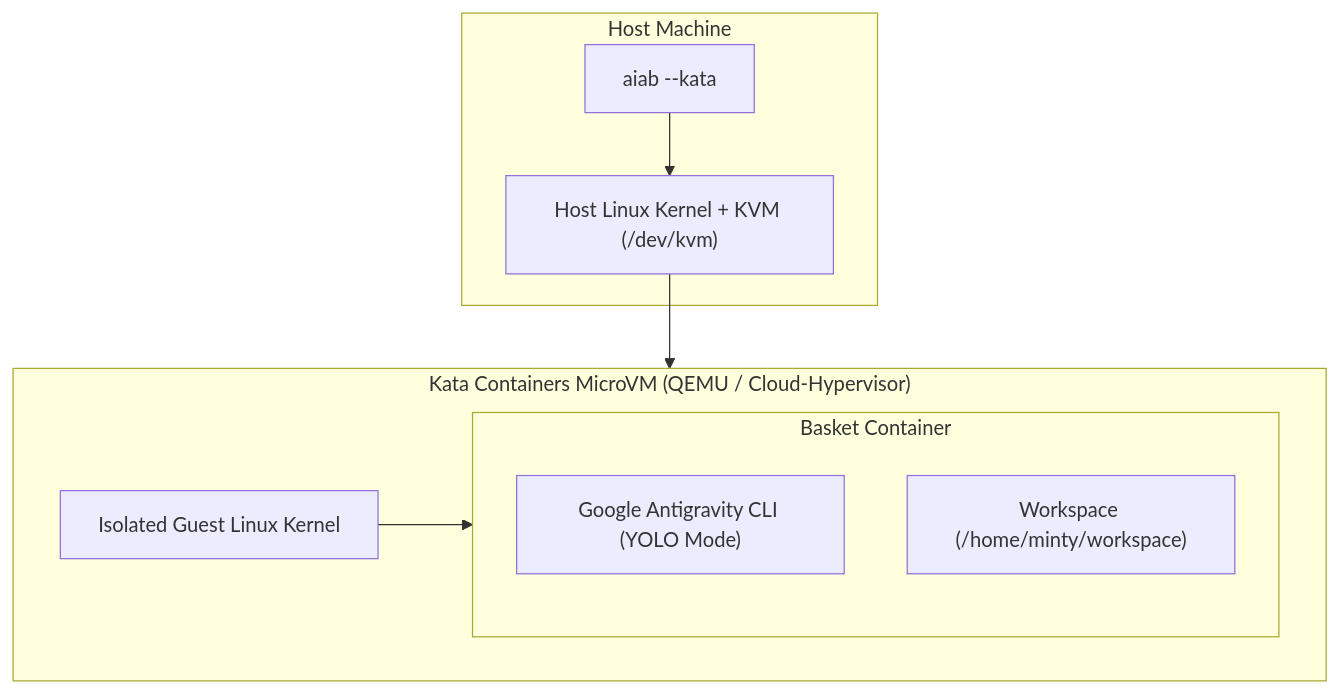
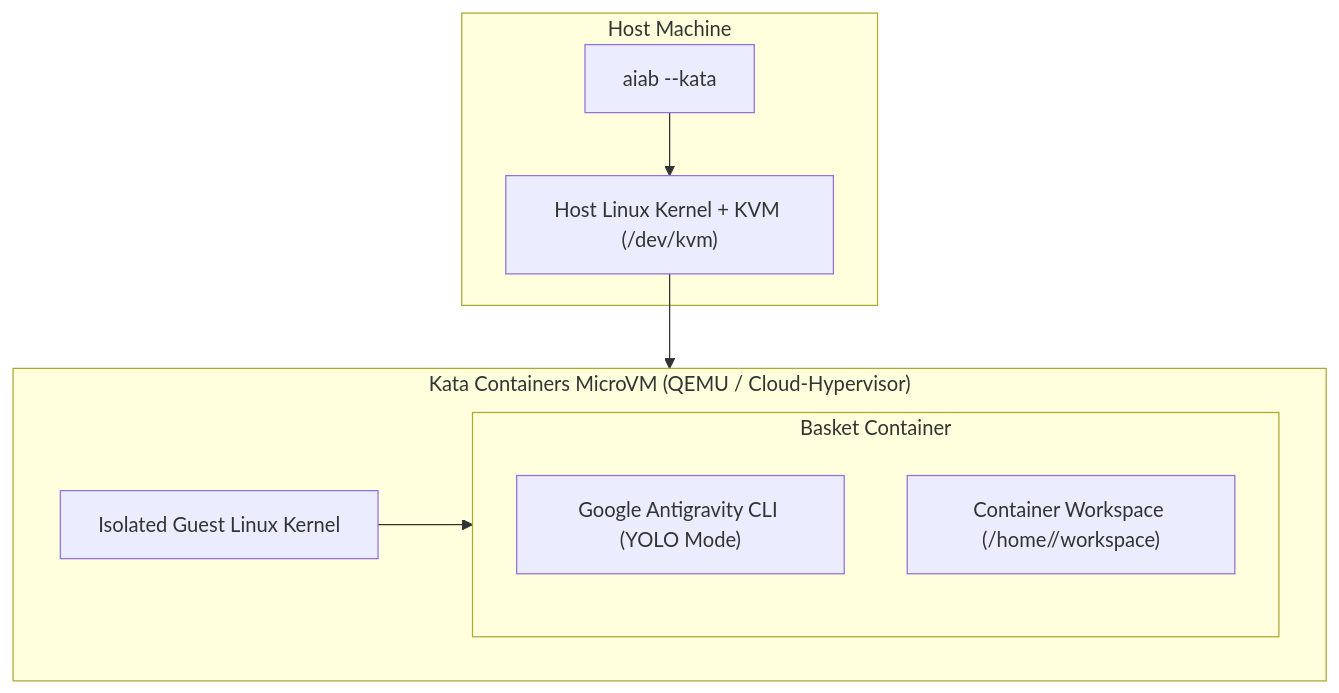
Before and after one commit to Dakron42/agyInABasket: the second of 2 diagrams in README.md, drawn with Mermaid. The commit also changed other lines of this file and 11 other files, not shown here.

````diff
--- a/README.md
+++ b/README.md
@@ -145,19 +145,19 @@
 ```mermaid
 flowchart TD
     subgraph Host["Host Machine"]
         HostKernel["Host Linux Kernel + KVM (/dev/kvm)"]
         Launcher["aiab --kata"]
     end
 
     subgraph MicroVM["Kata Containers MicroVM (QEMU / Cloud-Hypervisor)"]
         GuestKernel["Isolated Guest Linux Kernel"]
         subgraph Basket["Basket Container"]
             AGY["Google Antigravity CLI (YOLO Mode)"]
-            WS["Workspace (/home/minty/workspace)"]
+            WS["Container Workspace (/home/<user>/workspace)"]
         end
     end
 
     Launcher --> HostKernel
     HostKernel --> MicroVM
     GuestKernel --> Basket
 ```
````
